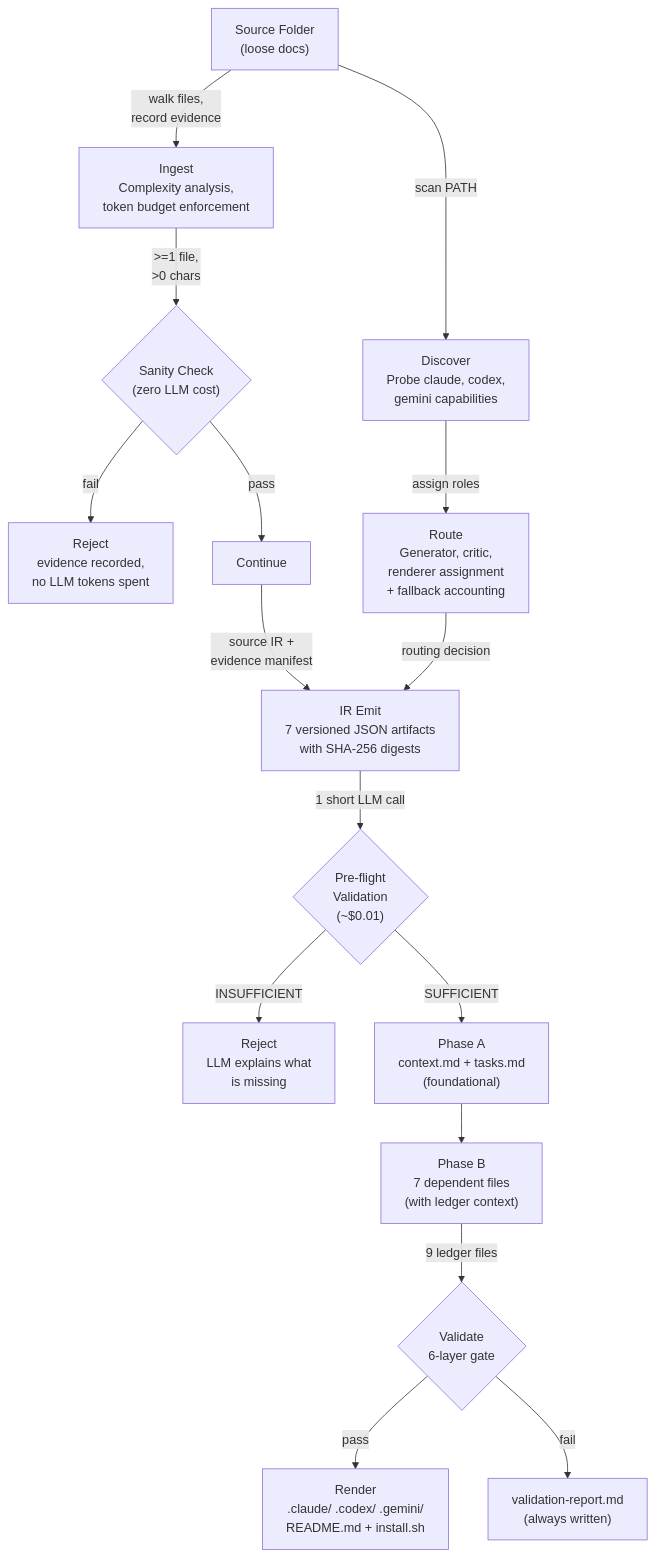
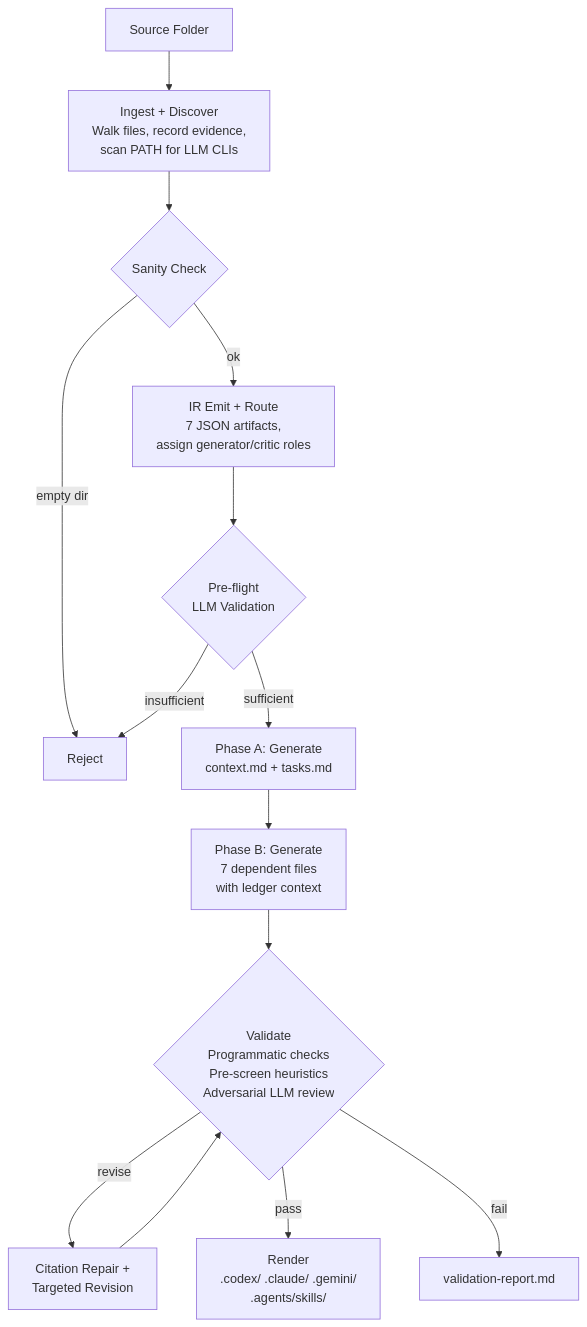
Before and after one commit to op7ic/SwarmMaker: the second of 3 diagrams in README.md, drawn with Mermaid. The commit also changed other lines of this file, not shown here.

Commit message:
Fix Mermaid charts: clean linear flows, no duplicate paths
First chart: remove duplicate arrow from ledger to output (was
showing both direct and through-validation paths). Now shows
linear: Docs -> Ledger -> Validation -> Output/Report.

Data flow chart: merge parallel nodes into sequential steps,
remove dummy nodes, show two-phase generation and citation
repair in the revision loop.

Validation chart: simplify labels, add citation path repair
step in revision loop.

````diff
--- a/README.md
+++ b/README.md
@@ -46,18 +46,16 @@
 ```mermaid
 graph TD
-    SRC["Source Folder<br/>(loose docs)"] -->|walk files,<br/>record evidence| INGEST["Ingest<br/>Complexity analysis,<br/>token budget enforcement"]
-    INGEST -->|>=1 file,<br/>>0 chars| SANITY{"Sanity Check<br/>(zero LLM cost)"}
-    SANITY -->|fail| REJECT["Reject<br/>evidence recorded,<br/>no LLM tokens spent"]
-    SANITY -->|pass| DISC_STEP["Continue"]
-    SRC -->|scan PATH| DISC["Discover<br/>Probe claude, codex,<br/>gemini capabilities"]
-    DISC -->|assign roles| ROUTE["Route<br/>Generator, critic,<br/>renderer assignment<br/>+ fallback accounting"]
-    DISC_STEP -->|source IR +<br/>evidence manifest| IR["IR Emit<br/>7 versioned JSON artifacts<br/>with SHA-256 digests"]
-    ROUTE -->|routing decision| IR
-    IR -->|1 short LLM call| PREFLIGHT{"Pre-flight<br/>Validation<br/>(~$0.01)"}
-    PREFLIGHT -->|INSUFFICIENT| REJECT2["Reject<br/>LLM explains what<br/>is missing"]
-    PREFLIGHT -->|SUFFICIENT| PHASE_A["Phase A<br/>context.md + tasks.md<br/>(foundational)"]
-    PHASE_A --> PHASE_B["Phase B<br/>7 dependent files<br/>(with ledger context)"]
-    PHASE_B -->|9 ledger files| VALID{"Validate<br/>6-layer gate"}
-    VALID -->|pass| RENDER["Render<br/>.claude/ .codex/ .gemini/<br/>README.md + install.sh"]
-    VALID -->|fail| REPORT["validation-report.md<br/>(always written)"]
+    SRC["Source Folder"] --> INGEST["Ingest + Discover<br/>Walk files, record evidence,<br/>scan PATH for LLM CLIs"]
+    INGEST --> SANITY{"Sanity Check"}
+    SANITY -->|empty dir| REJECT["Reject"]
+    SANITY -->|ok| IR["IR Emit + Route<br/>7 JSON artifacts,<br/>assign generator/critic roles"]
+    IR --> PREFLIGHT{"Pre-flight<br/>LLM Validation"}
+    PREFLIGHT -->|insufficient| REJECT
+    PREFLIGHT -->|sufficient| PHASE_A["Phase A: Generate<br/>context.md + tasks.md"]
+    PHASE_A --> PHASE_B["Phase B: Generate<br/>7 dependent files<br/>with ledger context"]
+    PHASE_B --> VALIDATE{"Validate<br/>Programmatic checks<br/>Pre-screen heuristics<br/>Adversarial LLM review"}
+    VALIDATE -->|revise| REPAIR["Citation Repair +<br/>Targeted Revision"]
+    REPAIR --> VALIDATE
+    VALIDATE -->|pass| RENDER["Render<br/>.codex/ .claude/ .gemini/<br/>.agents/skills/"]
+    VALIDATE -->|fail| REPORT["validation-report.md"]
 ```
````
